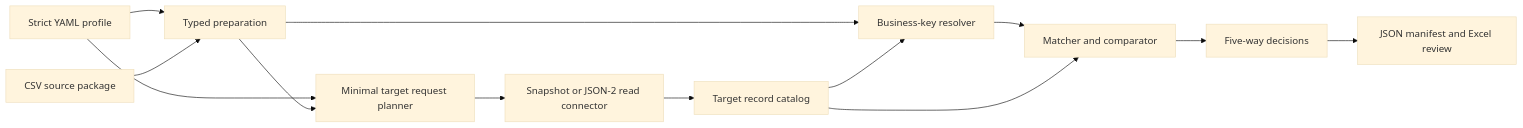
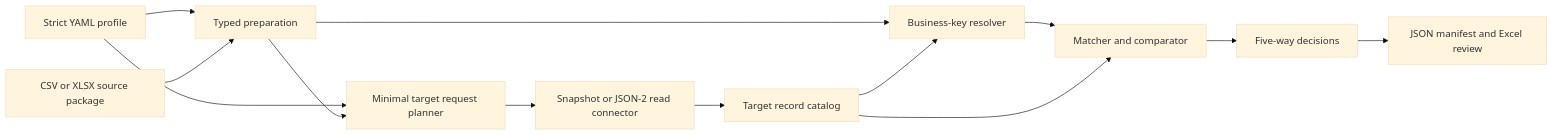
One commit to fderyckel/dev-impodo changed the diagram in ARCHITECTURE.md. Above: the diagram before and after it, drawn with Mermaid (base theme). The commit also changed other lines of this file and 20 other files, not shown here.

First line of the commit message:
Add tests for XLSX source preparation and validation

````diff
--- a/ARCHITECTURE.md
+++ b/ARCHITECTURE.md
@@ -15,26 +20,26 @@
 ```mermaid
 flowchart LR
     Profile["Strict YAML profile"]
-    Source["CSV source package"]
+    Source["CSV or XLSX source package"]
     Prepare["Typed preparation"]
     Plan["Minimal target request planner"]
     Connector["Snapshot or JSON-2 read connector"]
     Catalog["Target record catalog"]
     Resolve["Business-key resolver"]
     Compare["Matcher and comparator"]
     Result["Five-way decisions"]
     Review["JSON manifest and Excel review"]
 
     Profile --> Prepare
     Source --> Prepare
     Profile --> Plan
     Prepare --> Plan
     Plan --> Connector
     Connector --> Catalog
     Prepare --> Resolve
     Catalog --> Resolve
     Resolve --> Compare
     Catalog --> Compare
     Compare --> Result
     Result --> Review
 ```
````
